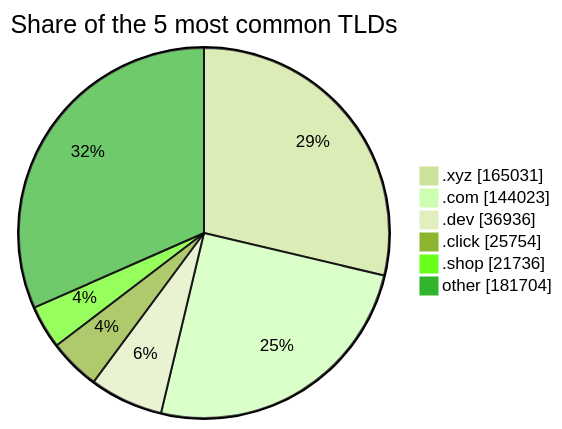
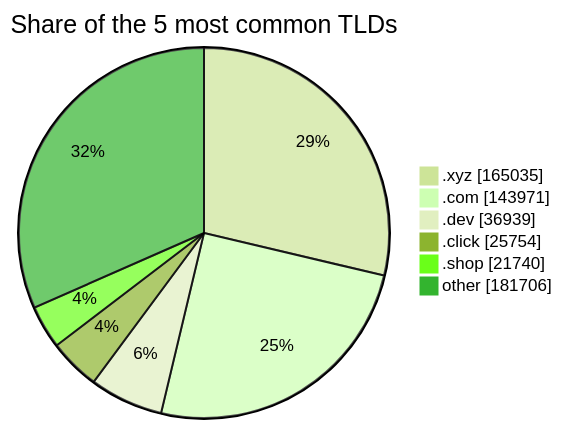
One commit to DNSBunker/CTI changed the third of 3 diagrams in README.md. Above: the diagram before and after it, drawn with Mermaid (forest theme). The commit also changed other lines of this file and 3 other files, not shown here.

````diff
--- a/README.md
+++ b/README.md
@@ -81,9 +81,9 @@
 ```mermaid
 pie showData title Share of the 5 most common TLDs
-    ".xyz" : 165031
-    ".com" : 144023
-    ".dev" : 36936
+    ".xyz" : 165035
+    ".com" : 143971
+    ".dev" : 36939
     ".click" : 25754
-    ".shop" : 21736
-    "other" : 181704
+    ".shop" : 21740
+    "other" : 181706
 ```
````
